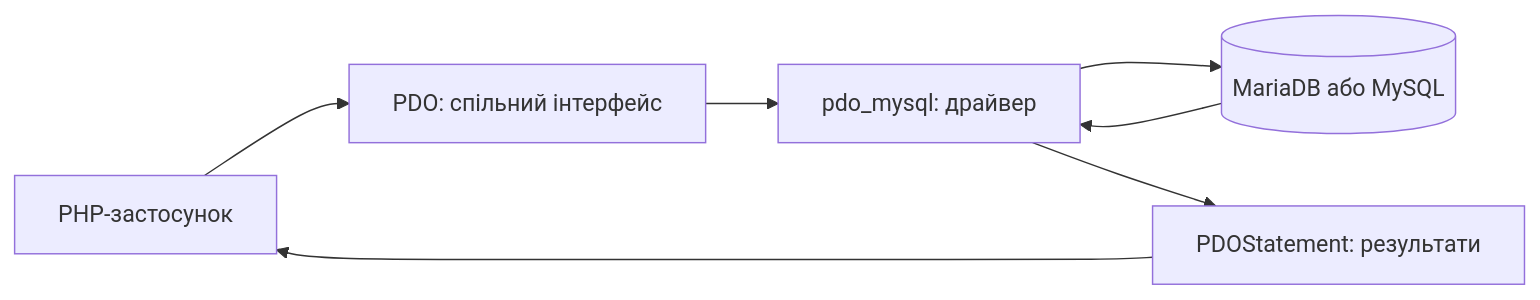
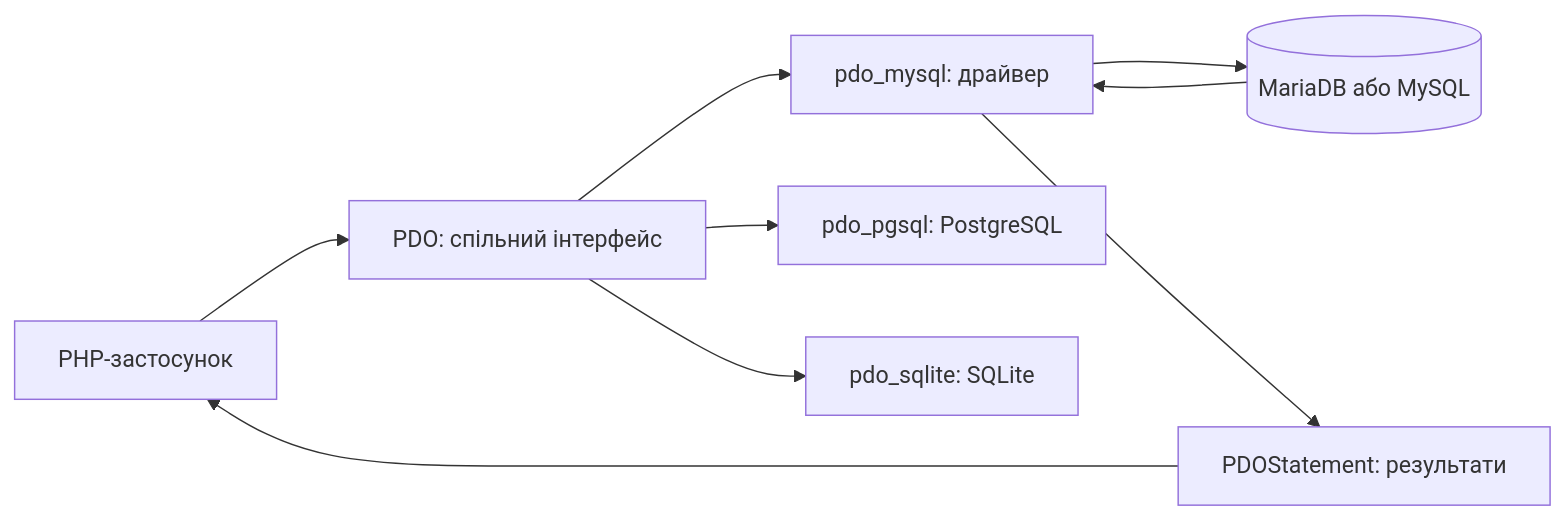
One commit to solidol/nmk-web-prog changed the first of 2 diagrams in Лекціі/lec-09/README.md. Above: the diagram before and after it, drawn with Mermaid. The commit also changed other lines of this file, not shown here.

````diff
--- a/Лекціі/lec-09/README.md
+++ b/Лекціі/lec-09/README.md
@@ -15,9 +15,11 @@
 ```mermaid
 flowchart LR
     A[PHP-застосунок] --> B[PDO: спільний інтерфейс]
     B --> C[pdo_mysql: драйвер]
+    B --> H[pdo_pgsql: PostgreSQL]
+    B --> I[pdo_sqlite: SQLite]
     C --> D[(MariaDB або MySQL)]
     D --> C
     C --> E[PDOStatement: результати]
     E --> A
 ```
````
